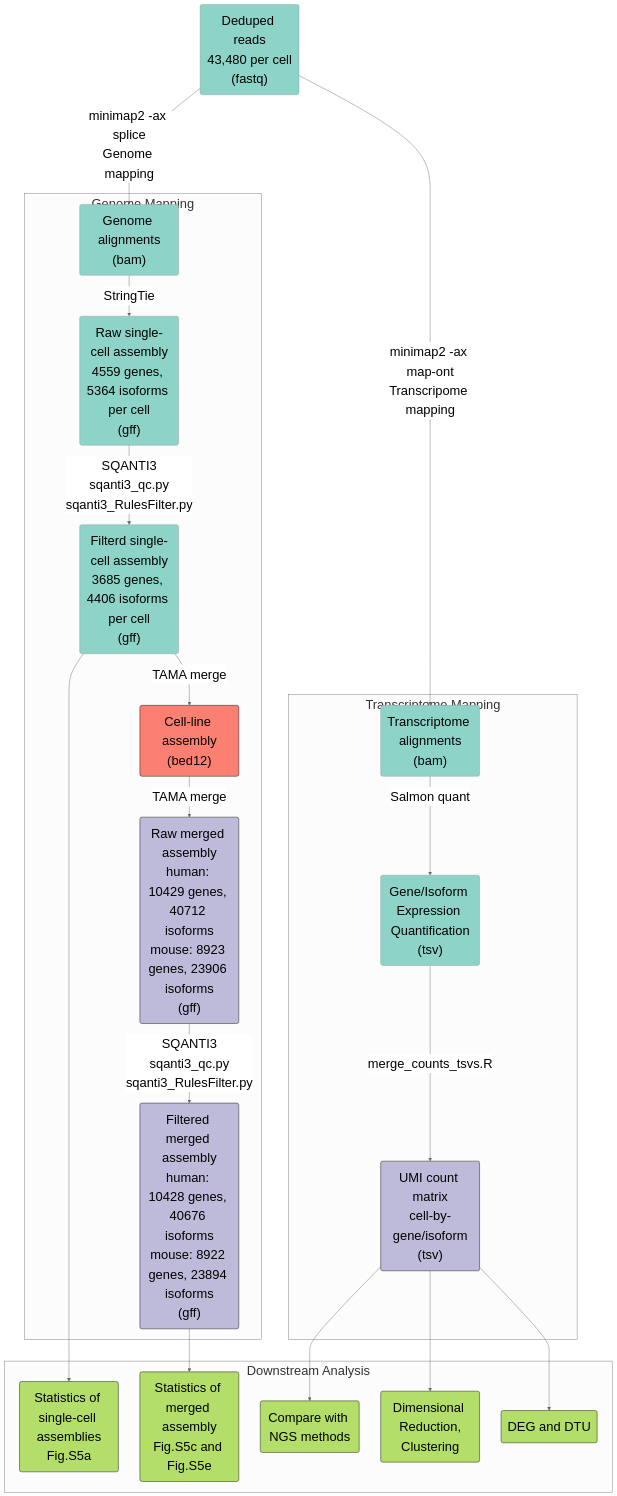
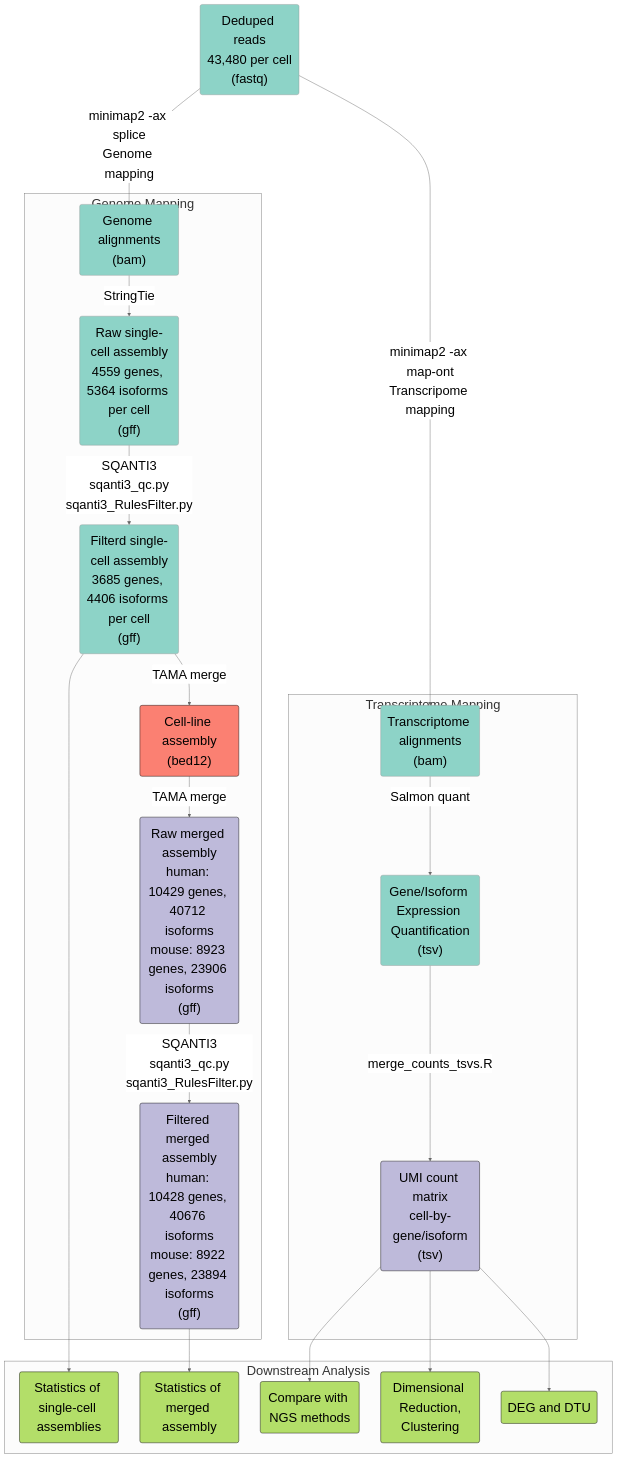
The second of 3 diagrams in README.md (liuzhenyu-yyy/SCAN-seq2), drawn with Mermaid before and after one commit.

````diff
--- a/README.md
+++ b/README.md
@@ -73,24 +73,24 @@
 ```mermaid
 %%{init: {"theme": "neutral", 'themeVariables': { "fontSize": "30px","fontFamily": "Arial"}}}%%
 graph TD
 dedup("Deduped reads</br>43,480 per cell</br>(fastq)"):::sc
 subgraph Transcriptome Mapping
 Align_cDNA("Transcriptome alignments</br>(bam)"):::sc --Salmon quant--> Quant("Gene/Isoform Expression Quantification</br>(tsv)"):::sc --merge_counts_tsvs.R--> Matrix("UMI count matrix</br>cell-by-gene/isoform</br>(tsv)"):::merge 
 end
 subgraph Genome Mapping
 Align_Genome("Genome alignments</br>(bam)"):::sc -- StringTie --> sc_Asm("Raw single-cell assembly<br/>4559 genes, 5364 isoforms per cell</br>(gff)"):::sc -- SQANTI3</br>sqanti3_qc.py</br>sqanti3_RulesFilter.py --> sc_Asm_2("Filterd single-cell assembly</br>3685 genes, 4406 isoforms per cell</br>(gff)"):::sc -- TAMA merge --> cl_Asm("Cell-line assembly</br>(bed12)"):::cl -- TAMA merge --> merge_Asm("Raw merged assembly</br>human: 10429 genes, 40712 isoforms</br>mouse: 8923 genes, 23906 isoforms</br>(gff)"):::merge -- SQANTI3</br>sqanti3_qc.py</br>sqanti3_RulesFilter.py -->  merge_Asm_2("Filtered merged assembly</br>human: 10428 genes, 40676 isoforms</br>mouse: 8922 genes, 23894 isoforms</br>(gff)"):::merge 
 end
 dedup --minimap2 -ax splice</br>Genome mapping--> Align_Genome
 dedup --minimap2 -ax map-ont</br>Transcripome mapping--> Align_cDNA
 subgraph Downstream Analysis
-sc_Asm_2 --> sc_stat("Statistics of single-cell assemblies</br>Fig.S5a"):::down
-merge_Asm_2 --> merge_stat("Statistics of merged assembly</br>Fig.S5c and Fig.S5e"):::down
+sc_Asm_2 --> sc_stat("Statistics of single-cell assemblies"):::down
+merge_Asm_2 --> merge_stat("Statistics of merged assembly"):::down
 Matrix --> NGS("Compare with NGS methods"):::down
 Matrix --> DR_cluster("Dimensional Reduction,<br/>Clustering"):::down
 Matrix --> DEG("DEG and DTU"):::down
 end
 classDef merge fill:#bebada,stroke:#000000;
 classDef cl fill:#fb8072,stroke:#000000;
 classDef sc fill:#8dd3c7,stroke:#00000;
 classDef down fill:#b3de69,stroke:#000000;
 ```
````
